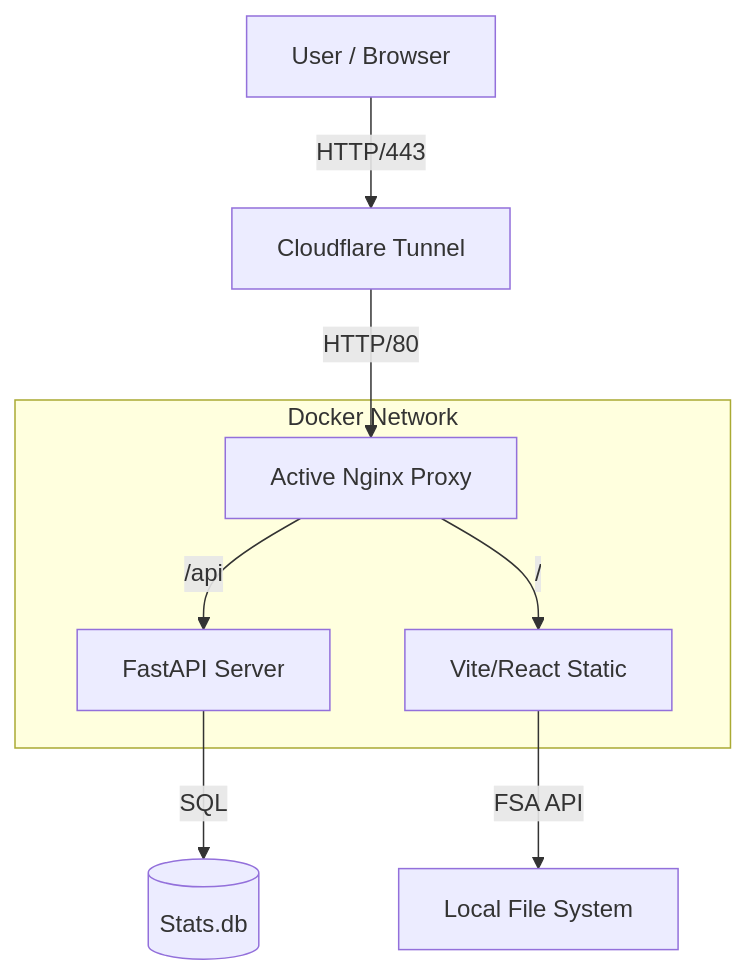
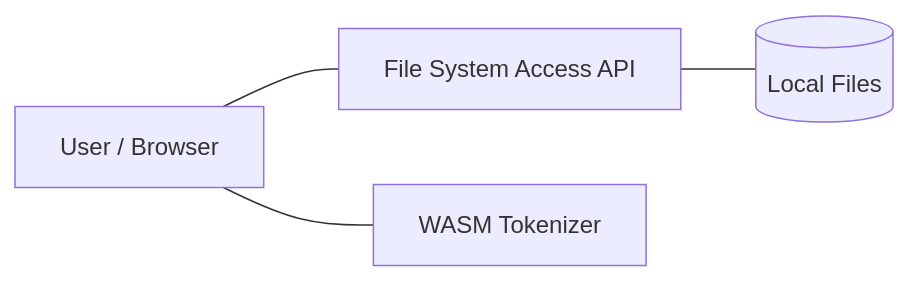
The diagram in README.md (DropShock-Digital/LMTokenCook), drawn with Mermaid before and after one commit. The commit also changed other lines of this file and 43 other files, not shown here.

Commit message:
feat: complete transition to pure frontend architecture; removed all backend, api, and stats logic

````diff
--- a/README.md
+++ b/README.md
@@ -75,13 +51,6 @@
 ```mermaid
-graph TD
-    User[User / Browser] -->|HTTP/443| Cloudflare[Cloudflare Tunnel]
-    Cloudflare -->|HTTP/80| Nginx[Active Nginx Proxy]
-    
-    subgraph "Docker Network"
-        Nginx -->|/api| Backend[FastAPI Server]
-        Nginx -->|/| Frontend[Vite/React Static]
-    end
-    
-    Backend -->|SQL| DB[(Stats.db)]
-    Frontend -- FSA API --> LocalDisk[Local File System]
+graph LR
+    User[User / Browser] --- FSA[File System Access API]
+    FSA --- LocalDisk[(Local Files)]
+    User --- WASM[WASM Tokenizer]
 ```
````
